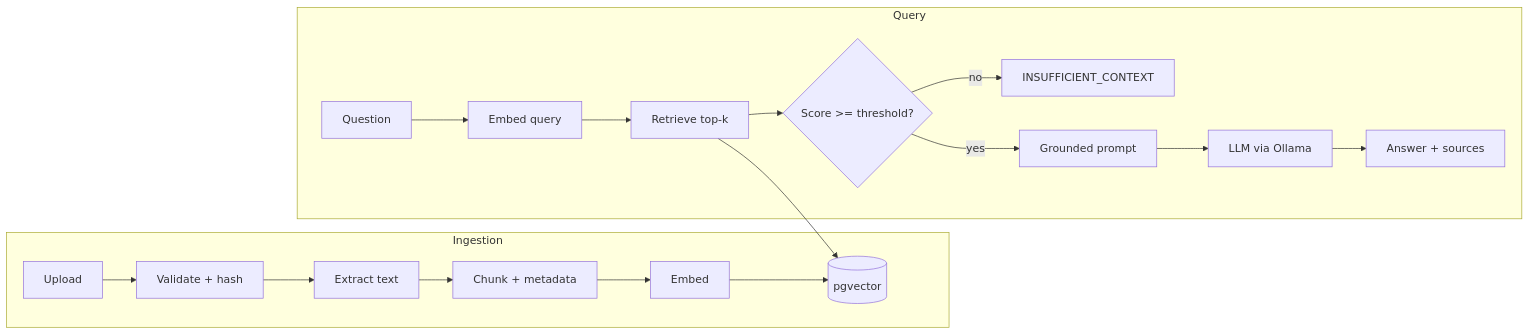
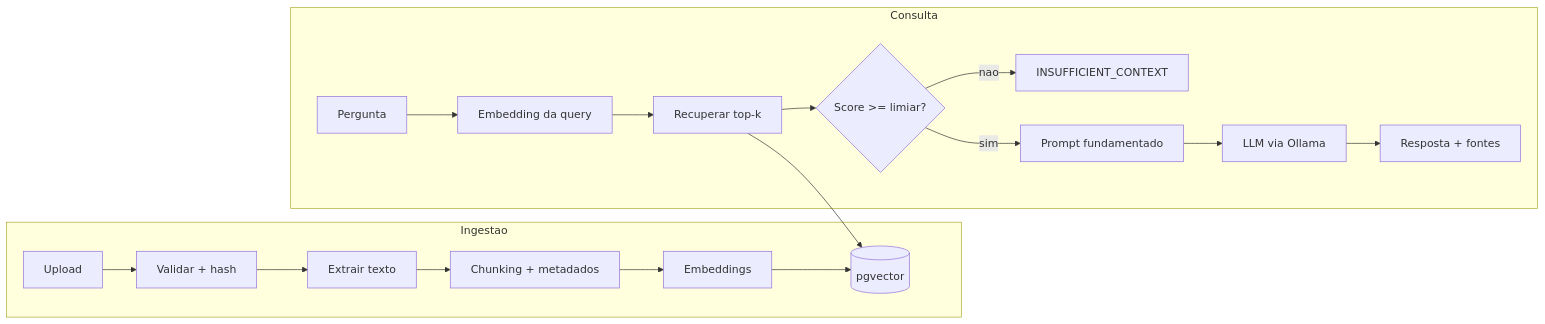
Before and after one commit to 1Rodrigo97/flowmind-ai: the diagram in README.md, drawn with Mermaid. The commit also changed other lines of this file and 4 other files, not shown here.

````diff
--- a/README.md
+++ b/README.md
@@ -81,20 +153,20 @@
 ```mermaid
 flowchart LR
-    subgraph Ingestion
-        U[Upload] --> V[Validate + hash]
-        V --> X[Extract text]
-        X --> C[Chunk + metadata]
-        C --> E1[Embed]
+    subgraph Ingestao
+        U[Upload] --> V[Validar + hash]
+        V --> X[Extrair texto]
+        X --> C[Chunking + metadados]
+        C --> E1[Embeddings]
         E1 --> DB[(pgvector)]
     end
-    subgraph Query
-        Q[Question] --> E2[Embed query]
-        E2 --> R[Retrieve top-k]
+    subgraph Consulta
+        Q[Pergunta] --> E2[Embedding da query]
+        E2 --> R[Recuperar top-k]
         R --> DB
-        R --> T{Score >= threshold?}
-        T -- no --> I[INSUFFICIENT_CONTEXT]
-        T -- yes --> P[Grounded prompt]
+        R --> T{Score >= limiar?}
+        T -- nao --> I[INSUFFICIENT_CONTEXT]
+        T -- sim --> P[Prompt fundamentado]
         P --> L[LLM via Ollama]
-        L --> A[Answer + sources]
+        L --> A[Resposta + fontes]
     end
 ```
````
